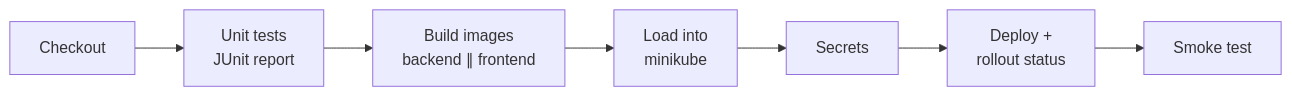
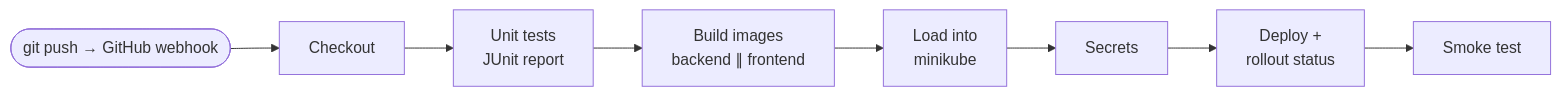
The third of 3 diagrams in README.md (anshuraj1996/Ticket-AI), drawn with Mermaid before and after one commit. The commit also changed other lines of this file and 6 other files, not shown here.

First line of the commit message:
Add GitHub webhook trigger for Jenkins CI

````diff
--- a/README.md
+++ b/README.md
@@ -419,9 +419,10 @@
 ```mermaid
 flowchart LR
+    W([git push → GitHub webhook]) --> A
     A[Checkout] --> B[Unit tests<br/>JUnit report]
     B --> C[Build images<br/>backend ∥ frontend]
     C --> D[Load into<br/>minikube]
     D --> E[Secrets]
     E --> F[Deploy +<br/>rollout status]
     F --> G[Smoke test]
 ```
````
